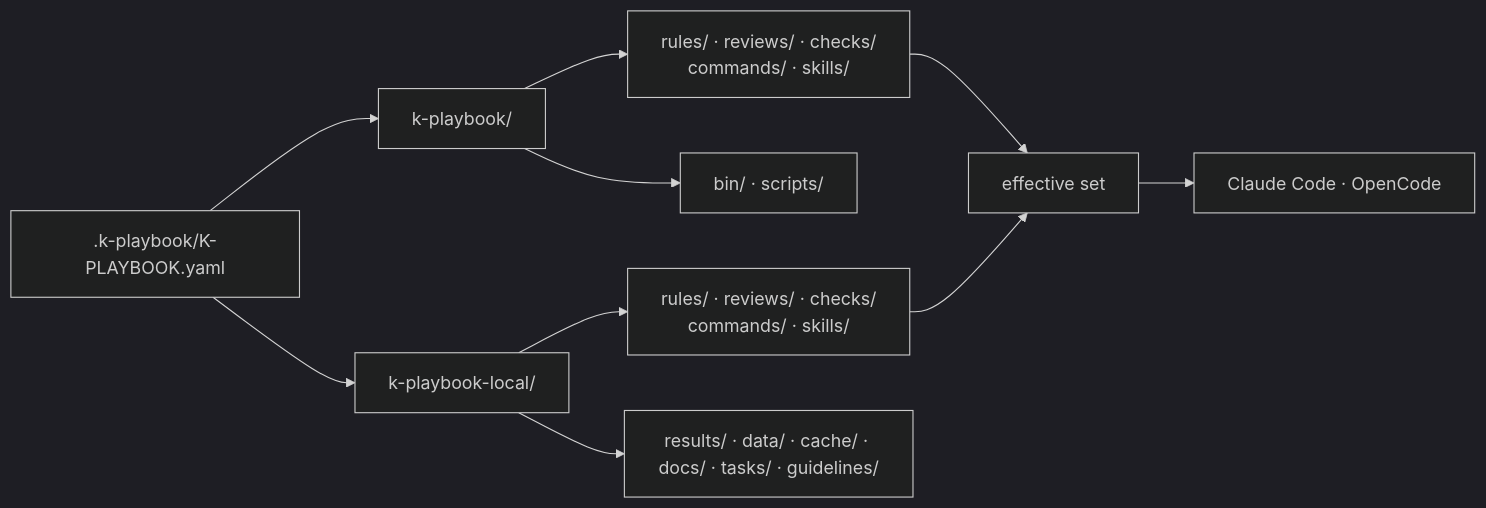
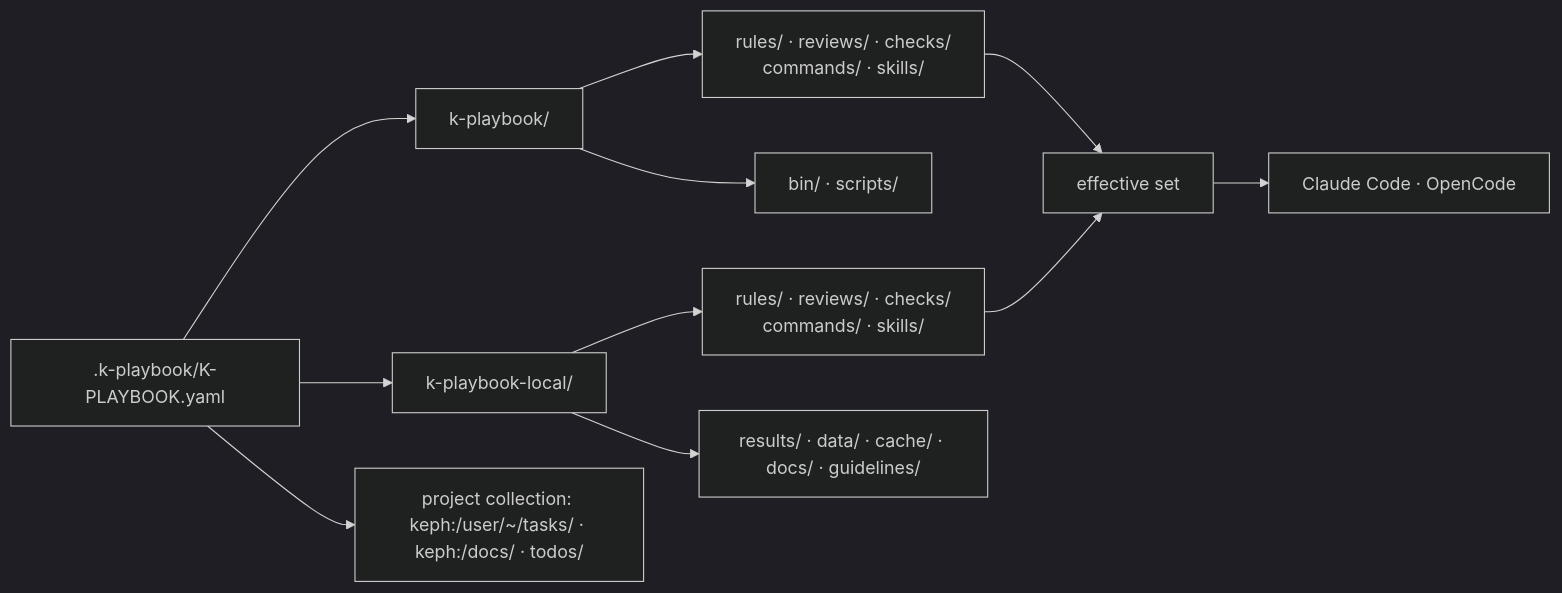
The first of 3 diagrams in docs/manual.md (kascada/k-playbook), drawn with Mermaid (dark theme) before and after one commit. The commit also changed other lines of this file and 16 other files, not shown here.

Commit message:
Task 105: Tasks in die Collection — Doku (task-flow, commands, manual, mcp u. a.), alte Task-Module unter share/commands entfernt

````diff
--- a/docs/manual.md
+++ b/docs/manual.md
@@ -42,16 +42,17 @@
 ```mermaid
 flowchart LR
     Anchor[".k-playbook/K-PLAYBOOK.yaml"] --> Playbook["k-playbook/"]
     Anchor --> Local["k-playbook-local/"]
 
     Playbook --> Base["rules/ · reviews/ · checks/<br>commands/ · skills/"]
     Playbook --> Tool["bin/ · scripts/"]
 
     Local --> Overlay["rules/ · reviews/ · checks/<br>commands/ · skills/"]
-    Local --> Artifacts["results/ · data/ · cache/ · docs/ · tasks/ · guidelines/"]
+    Local --> Artifacts["results/ · data/ · cache/ · docs/ · guidelines/"]
+    Anchor --> Collection["project collection: keph:/user/~/tasks/ · keph:/docs/ · todos/"]
 
     Base --> Effective["effective set"]
     Overlay --> Effective
 
     Effective --> Assistant["Claude Code · OpenCode"]
 ```
````
